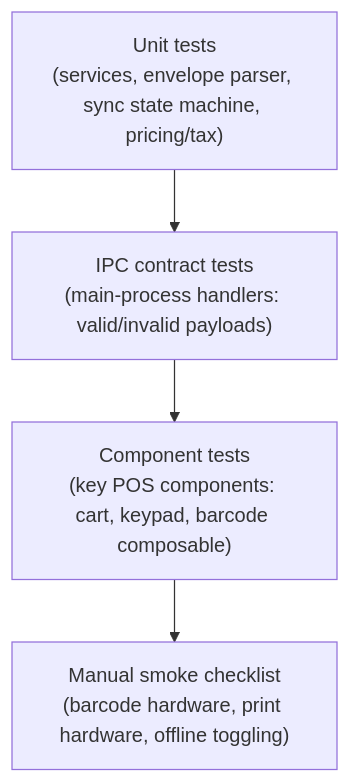
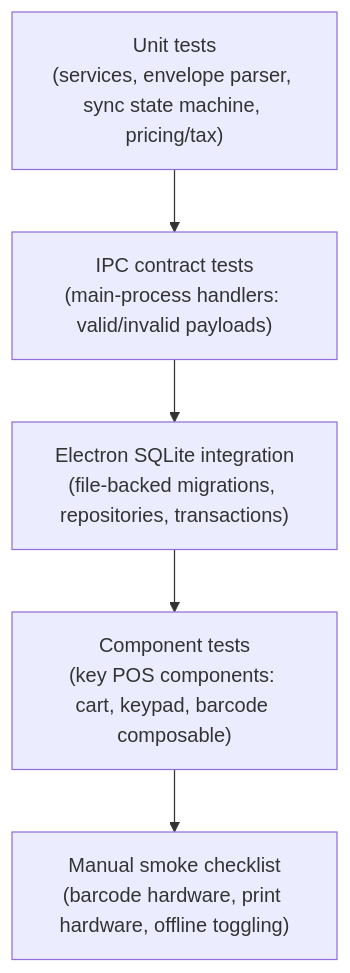
One commit to Thiniss-co/pos-desktop changed the diagram in docs/architecture/testing-strategy.md. Above: the diagram before and after it, drawn with Mermaid. The commit also changed other lines of this file and 46 other files, not shown here.

````diff
--- a/docs/architecture/testing-strategy.md
+++ b/docs/architecture/testing-strategy.md
@@ -14,9 +15,10 @@
 ```mermaid
 flowchart TB
     Unit["Unit tests\n(services, envelope parser, sync state machine, pricing/tax)"]
     IPC["IPC contract tests\n(main-process handlers: valid/invalid payloads)"]
+    SQLite["Electron SQLite integration\n(file-backed migrations, repositories, transactions)"]
     Component["Component tests\n(key POS components: cart, keypad, barcode composable)"]
     Smoke["Manual smoke checklist\n(barcode hardware, print hardware, offline toggling)"]
 
-    Unit --> IPC --> Component --> Smoke
+    Unit --> IPC --> SQLite --> Component --> Smoke
 ```
````
